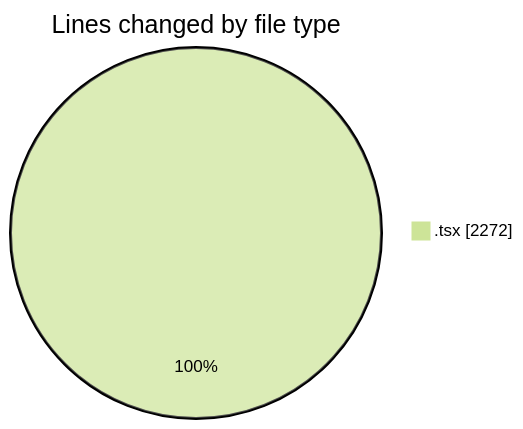
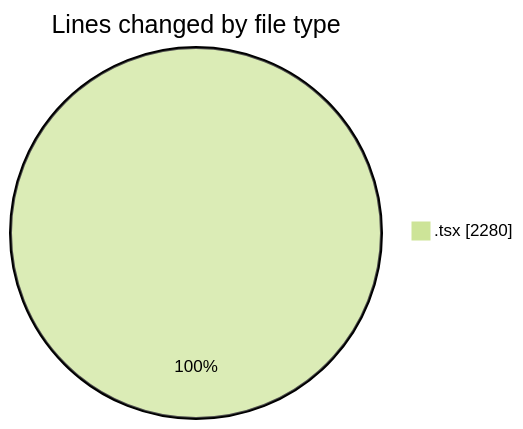
The first of 2 diagrams in 2025-11-11/cda/README.md (momahboobian/code-tracking), drawn with Mermaid (forest theme) before and after one commit. The commit also changed other lines of this file and 1 other file, not shown here.

````diff
--- a/2025-11-11/cda/README.md
+++ b/2025-11-11/cda/README.md
@@ -23,5 +23,5 @@
 ```mermaid
 pie showData
 title Lines changed by file type
-".tsx" : 2272
+".tsx" : 2280
 ```
````
